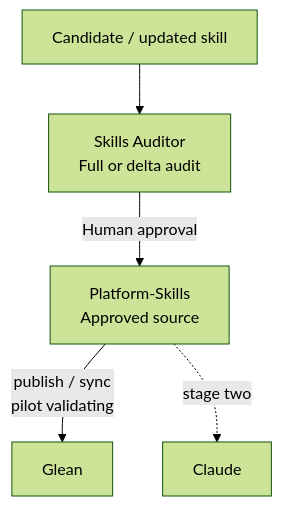
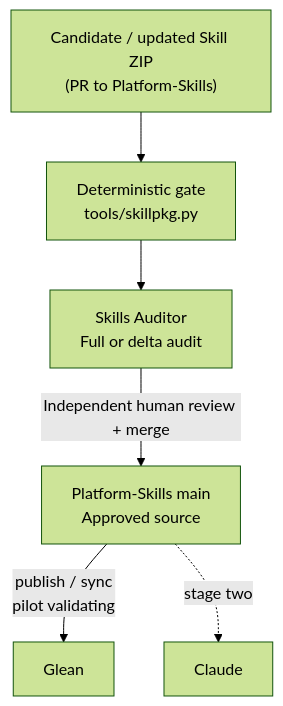
One commit to AHEAD-Labs/Platform-Skills changed the first of 3 diagrams in README.md. Above: the diagram before and after it, drawn with Mermaid (forest theme). The commit also changed other lines of this file and 6 other files, not shown here.

````diff
--- a/README.md
+++ b/README.md
@@ -42,7 +44,8 @@
 ```mermaid
 flowchart TD
-    A["Candidate / updated skill"] --> B["Skills Auditor<br/>Full or delta audit"]
-    B -->|Human approval| C["Platform-Skills<br/>Approved source"]
+    A["Candidate / updated Skill ZIP<br/>(PR to Platform-Skills)"] --> V["Deterministic gate<br/>tools/skillpkg.py"]
+    V --> B["Skills Auditor<br/>Full or delta audit"]
+    B -->|Independent human review + merge| C["Platform-Skills main<br/>Approved source"]
     C -->|publish / sync<br/>pilot validating| D["Glean"]
     C -.->|stage two| E["Claude"]
 ```
````
